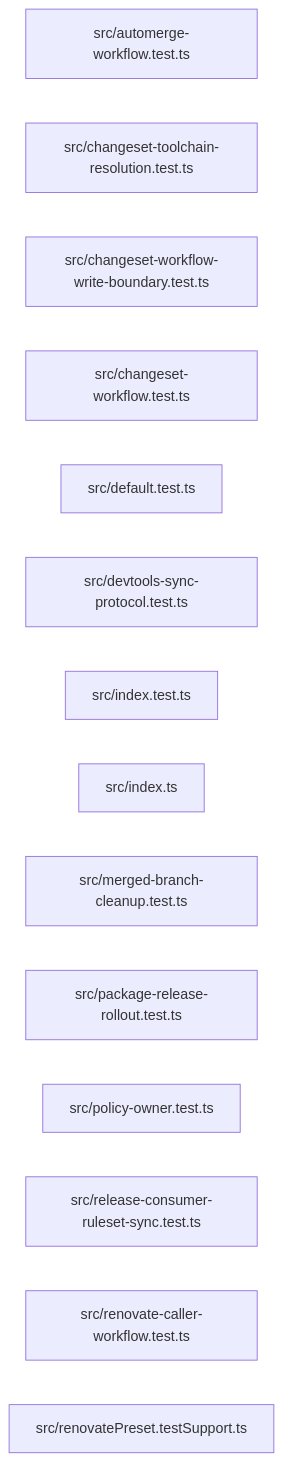
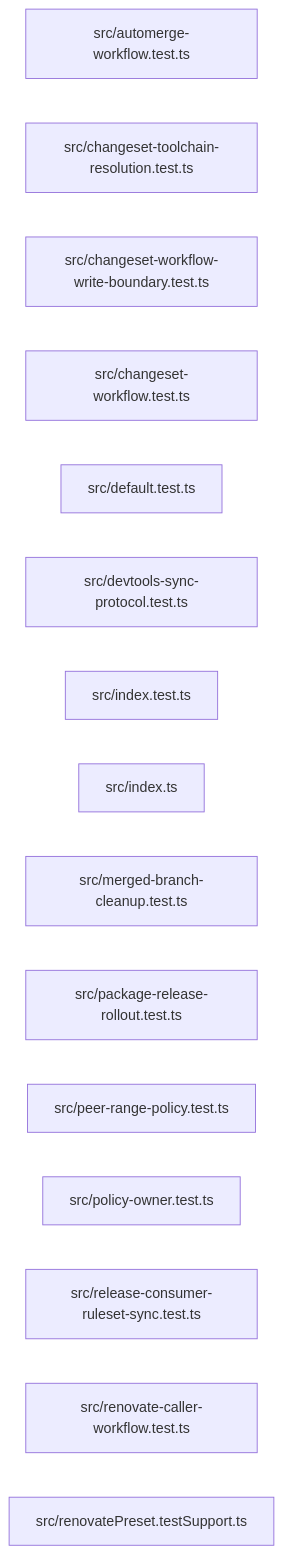
One commit to ankhorage/renovate changed the diagram in paradox/diagrams/export-graph.mmd. Above: the diagram before and after it, drawn with Mermaid. The commit also changed 9 other files, not shown here.

```diff
--- a/paradox/diagrams/export-graph.mmd
+++ b/paradox/diagrams/export-graph.mmd
@@ -1,15 +1,16 @@
 graph LR
   module_src_automerge_workflow_test_ts["src/automerge-workflow.test.ts"]
   module_src_changeset_toolchain_resolution_test_ts["src/changeset-toolchain-resolution.test.ts"]
   module_src_changeset_workflow_write_boundary_test_ts["src/changeset-workflow-write-boundary.test.ts"]
   module_src_changeset_workflow_test_ts["src/changeset-workflow.test.ts"]
   module_src_default_test_ts["src/default.test.ts"]
   module_src_devtools_sync_protocol_test_ts["src/devtools-sync-protocol.test.ts"]
   module_src_index_test_ts["src/index.test.ts"]
   module_src_index_ts["src/index.ts"]
   module_src_merged_branch_cleanup_test_ts["src/merged-branch-cleanup.test.ts"]
   module_src_package_release_rollout_test_ts["src/package-release-rollout.test.ts"]
+  module_src_peer_range_policy_test_ts["src/peer-range-policy.test.ts"]
   module_src_policy_owner_test_ts["src/policy-owner.test.ts"]
   module_src_release_consumer_ruleset_sync_test_ts["src/release-consumer-ruleset-sync.test.ts"]
   module_src_renovate_caller_workflow_test_ts["src/renovate-caller-workflow.test.ts"]
   module_src_renovatePreset_testSupport_ts["src/renovatePreset.testSupport.ts"]
```
